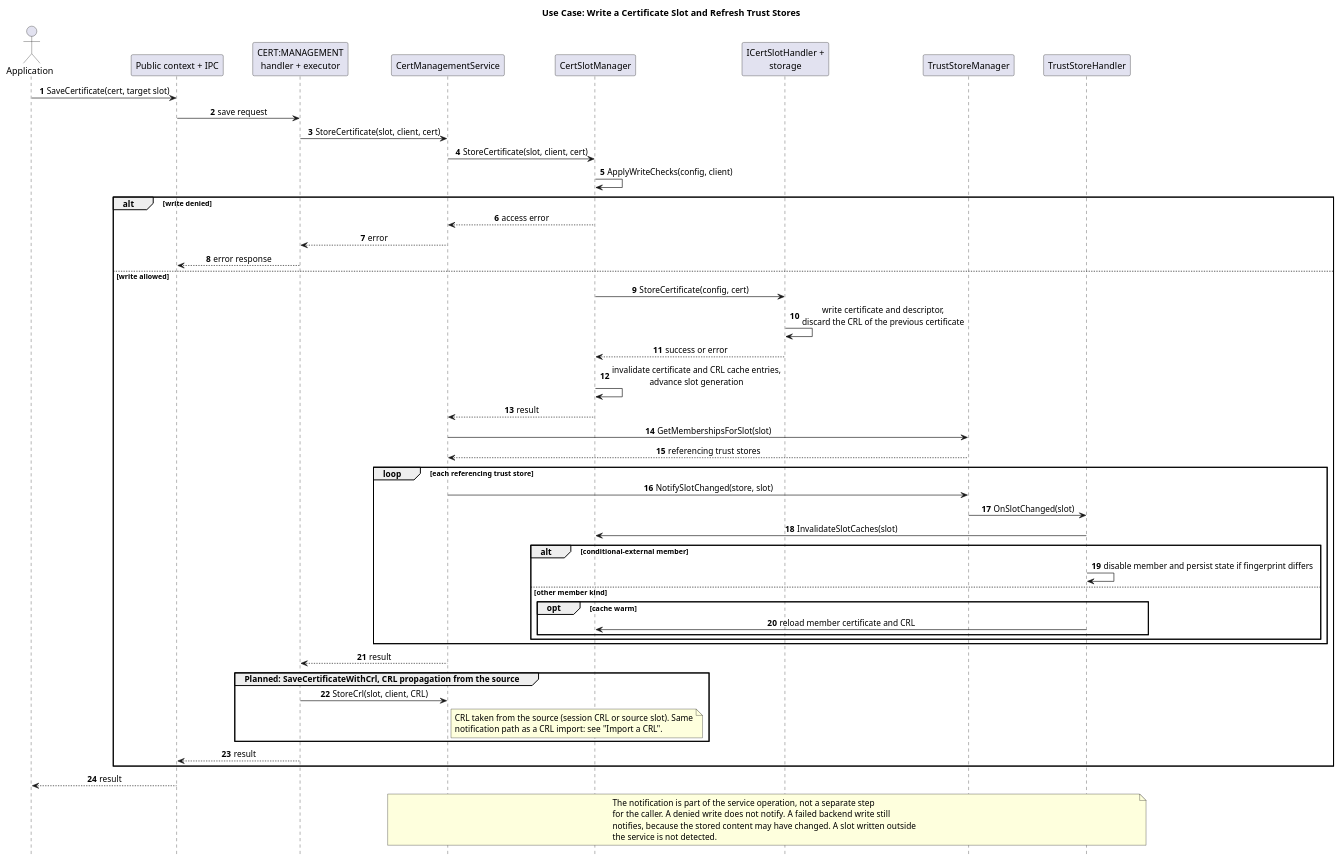
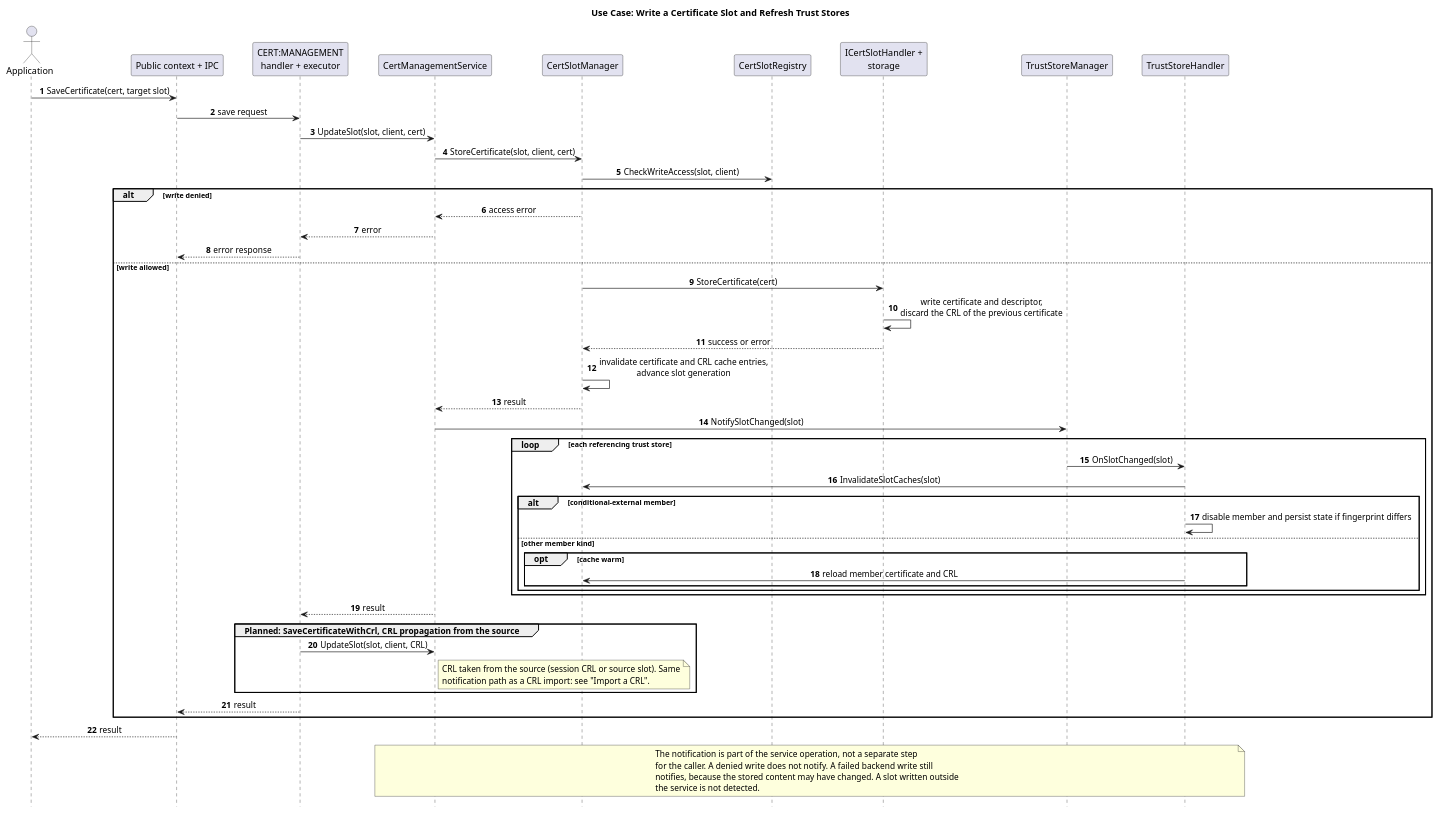
The diagram in score/crypto/src/daemon/cert_management/docs/detailed_design/uc_certificate_slot_update.puml (eclipse-score/inc_security_crypto), drawn with PlantUML before and after one commit. The commit also changed 52 other files, not shown here.

```diff
--- a/score/crypto/src/daemon/cert_management/docs/detailed_design/uc_certificate_slot_update.puml
+++ b/score/crypto/src/daemon/cert_management/docs/detailed_design/uc_certificate_slot_update.puml
@@ -14,69 +14,68 @@
 @startuml uc_certificate_slot_update
 title Use Case: Write a Certificate Slot and Refresh Trust Stores
 autonumber
 hide footbox
 skinparam shadowing false
 skinparam defaultFontName Arial
 skinparam ParticipantPadding 18
 skinparam sequenceMessageAlign center
 
 actor Application as App
 participant "Public context + IPC" as Context
 participant "CERT:MANAGEMENT\nhandler + executor" as Executor
 participant "CertManagementService" as Service
 participant "CertSlotManager" as SlotManager
+participant "CertSlotRegistry" as Registry
 participant "ICertSlotHandler +\nstorage" as Backend
 participant "TrustStoreManager" as TrustManager
 participant "TrustStoreHandler" as StoreHandler
 
 App -> Context : SaveCertificate(cert, target slot)
 Context -> Executor : save request
-Executor -> Service : StoreCertificate(slot, client, cert)
+Executor -> Service : UpdateSlot(slot, client, cert)
 Service -> SlotManager : StoreCertificate(slot, client, cert)
-SlotManager -> SlotManager : ApplyWriteChecks(config, client)
+SlotManager -> Registry : CheckWriteAccess(slot, client)
 
 alt write denied
   SlotManager --> Service : access error
   Service --> Executor : error
   Executor --> Context : error response
 else write allowed
-  SlotManager -> Backend : StoreCertificate(config, cert)
+  SlotManager -> Backend : StoreCertificate(cert)
   Backend -> Backend : write certificate and descriptor,\ndiscard the CRL of the previous certificate
   Backend --> SlotManager : success or error
   SlotManager -> SlotManager : invalidate certificate and CRL cache entries,\nadvance slot generation
   SlotManager --> Service : result
 
-  Service -> TrustManager : GetMembershipsForSlot(slot)
-  TrustManager --> Service : referencing trust stores
+  Service -> TrustManager : NotifySlotChanged(slot)
   loop each referencing trust store
-    Service -> TrustManager : NotifySlotChanged(store, slot)
     TrustManager -> StoreHandler : OnSlotChanged(slot)
     StoreHandler -> SlotManager : InvalidateSlotCaches(slot)
     alt conditional-external member
       StoreHandler -> StoreHandler : disable member and persist state if fingerprint differs
     else other member kind
       opt cache warm
         StoreHandler -> SlotManager : reload member certificate and CRL
       end
     end
   end
   Service --> Executor : result
 
   group Planned: SaveCertificateWithCrl, CRL propagation from the source
-    Executor -> Service : StoreCrl(slot, client, CRL)
+    Executor -> Service : UpdateSlot(slot, client, CRL)
     note right of Service
       CRL taken from the source (session CRL or source slot). Same
       notification path as a CRL import: see "Import a CRL".
     end note
   end
   Executor --> Context : result
 end
 Context --> App : result
 
 note over Service, StoreHandler
   The notification is part of the service operation, not a separate step
   for the caller. A denied write does not notify. A failed backend write still
   notifies, because the stored content may have changed. A slot written outside
   the service is not detected.
 end note
 @enduml
```
